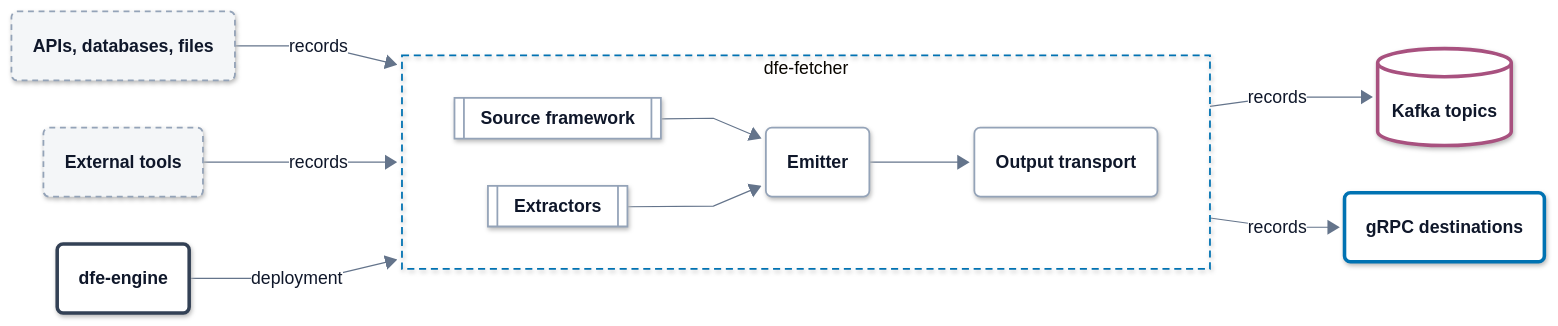
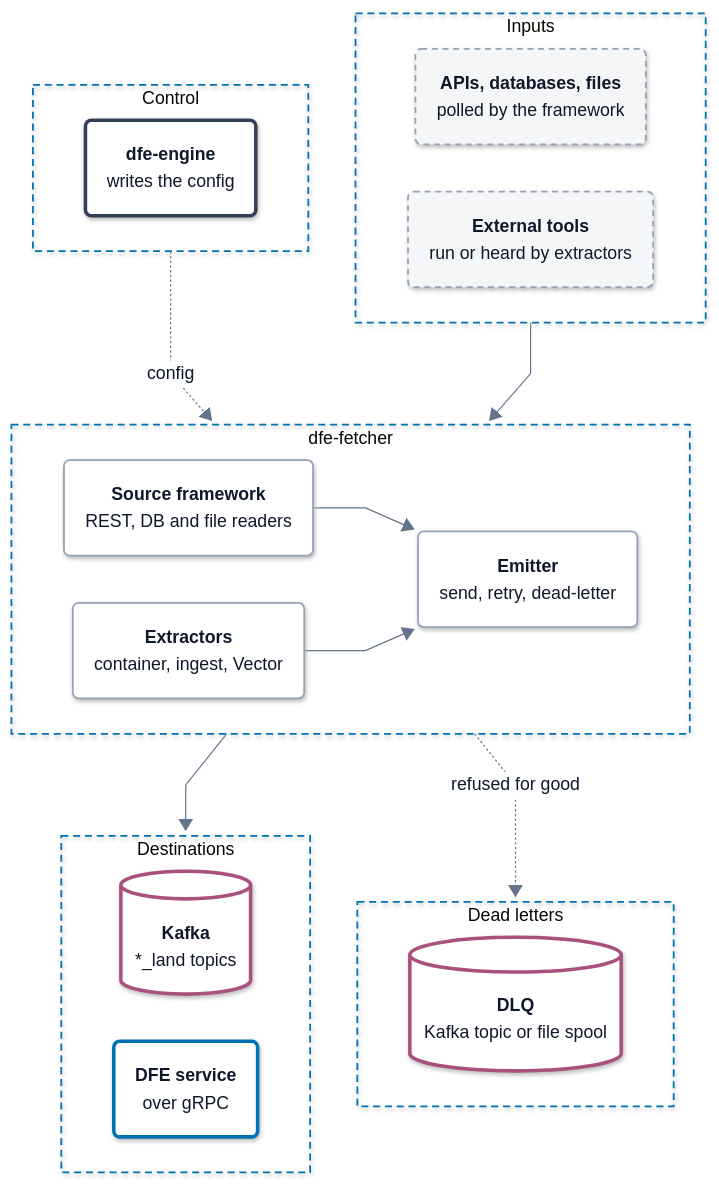
The first of 2 diagrams in docs/architecture.md (hyperi-io/dfe-fetcher), drawn with Mermaid before and after one commit. The commit also changed other lines of this file and 10 other files, not shown here.

First line of the commit message:
docs(architecture): bring the fetcher pages to the standard (#319)

````diff
--- a/docs/architecture.md
+++ b/docs/architecture.md
@@ -56,33 +48,50 @@
     .ui .label-icon{color:#D9480F}
     .ext .label-icon{color:#64748B}
 ---
-flowchart LR
-    accTitle: L4 Detail -- Fetcher and its neighbours
-    accDescr: APIs, databases and files feed the source framework, and external tools feed the extractors. Both hand records to the emitter, which sends them through the output transport to Kafka topics and gRPC destinations. dfe-engine writes the fetcher's deployment.
+flowchart TB
+    accTitle: L3 Components -- dfe-fetcher
+    accDescr: dfe-engine writes the fetcher's config. APIs, databases and files feed the source framework, and external tools feed the extractors. Inside dfe-fetcher both hand records to the emitter, which sends them to Kafka topics or a DFE service over gRPC. A record the transport refuses for good goes to the dead letters.
 
-    engine("<b>dfe-engine</b>")
-    providers("<b>APIs, databases, files</b>")
-    tools("<b>External tools</b>")
-
-    subgraph fetcher["dfe-fetcher"]
+    subgraph CTRL["Control"]
         direction LR
-        framework[["<b>Source framework</b>"]]
-        extractors[["<b>Extractors</b>"]]
-        emitter("<b>Emitter</b>")
-        output("<b>Output transport</b>")
+        engine("<b>dfe-engine</b><br/><span>writes the config</span>")
     end
 
-    kafka[("<b>Kafka topics</b>")]
-    grpc("<b>gRPC destinations</b>")
+    subgraph IN["Inputs"]
+        direction LR
+        providers("<b>APIs, databases, files</b><br/><span>polled by the framework</span>")
+        tools("<b>External tools</b><br/><span>run or heard by extractors</span>")
+    end
 
-    providers -->|records| framework
-    tools -->|records| extractors
-    engine -->|deployment| fetcher
-    framework --> emitter
-    extractors --> emitter
-    emitter --> output
-    output -->|records| kafka
-    output -->|records| grpc
+    subgraph FETCH["dfe-fetcher"]
+        direction LR
+        framework("<b>Source framework</b><br/><span>REST, DB and file readers</span>")
+        extractors("<b>Extractors</b><br/><span>container, ingest, Vector</span>")
+        emitter("<b>Emitter</b><br/><span>send, retry, dead-letter</span>")
+        framework --> emitter
+        extractors --> emitter
+    end
+
+    subgraph OUT["Destinations"]
+        direction LR
+        kafka[("<b>Kafka</b><br/><span>*_land topics</span>")]
+        grpc("<b>DFE service</b><br/><span>over gRPC</span>")
+    end
+
+    subgraph DL["Dead letters"]
+        direction LR
+        dlq[("<b>DLQ</b><br/><span>Kafka topic or file spool</span>")]
+    end
+
+    CTRL -.->|config| FETCH
+    IN --> FETCH
+    FETCH --> OUT
+    FETCH -.->|refused for good| DL
+  class providers,tools ext
+  class engine control
+  class framework,extractors,emitter part
+  class kafka,dlq bus
+  class grpc load
   classDef ext fill:#F4F6F8,stroke:#94A3B8,stroke-width:1.5px,stroke-dasharray:5 4,color:#0F172A
   classDef ingest fill:#FFFFFF,stroke:#0E8A7D,stroke-width:3px,color:#0F172A
   classDef xform fill:#FFFFFF,stroke:#7B4FB0,stroke-width:3px,color:#0F172A
@@ -94,10 +103,9 @@
   classDef error fill:#FFFFFF,stroke:#C2410C,stroke-width:3px,color:#0F172A
   classDef control fill:#FFFFFF,stroke:#334155,stroke-width:3px,color:#0F172A
   classDef part fill:#FFFFFF,stroke:#94A3B8,stroke-width:1.5px,color:#0F172A
-  class providers,tools ext
-  class engine control
-  class framework,extractors,emitter,output part
-  class kafka bus
-  class grpc load
-  style fetcher fill:none,stroke:#0072B2,stroke-width:1.5px,stroke-dasharray:6 4
+  style CTRL fill:none,stroke:#0072B2,stroke-width:1.5px,stroke-dasharray:6 4
+  style IN fill:none,stroke:#0072B2,stroke-width:1.5px,stroke-dasharray:6 4
+  style FETCH fill:none,stroke:#0072B2,stroke-width:1.5px,stroke-dasharray:6 4
+  style OUT fill:none,stroke:#0072B2,stroke-width:1.5px,stroke-dasharray:6 4
+  style DL fill:none,stroke:#0072B2,stroke-width:1.5px,stroke-dasharray:6 4
 ```
````
